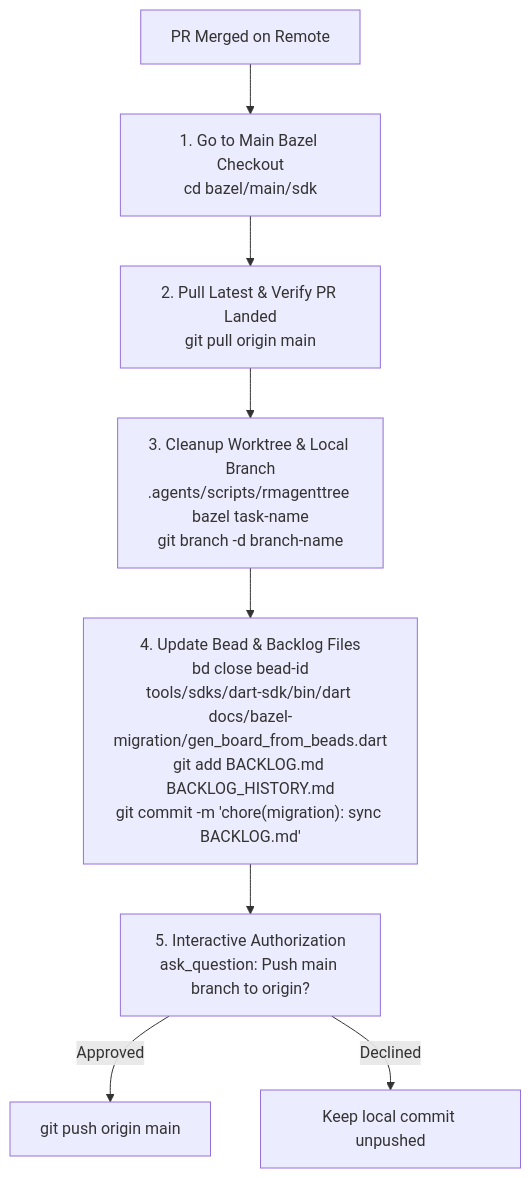
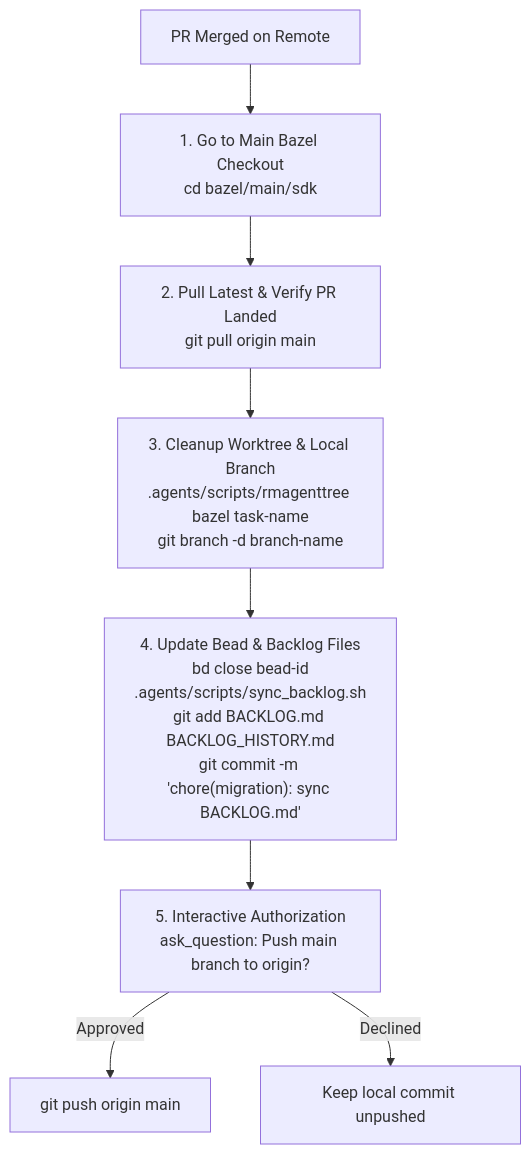
Before and after one commit to kevmoo/dart-sdk-bazel: the diagram in docs/bazel-migration/skills/dart-sdk-cleanup-bead/SKILL.md, drawn with Mermaid. The commit also changed other lines of this file and 4 other files, not shown here.

First line of the commit message:
chore(agents): add workspace wrappers and helper scripts to minimize agent tripping (#62)

````diff
--- a/docs/bazel-migration/skills/dart-sdk-cleanup-bead/SKILL.md
+++ b/docs/bazel-migration/skills/dart-sdk-cleanup-bead/SKILL.md
@@ -22,10 +22,10 @@
 ```mermaid
 flowchart TD
     A["PR Merged on Remote"] --> B["1. Go to Main Bazel Checkout<br/>cd bazel/main/sdk"]
     B --> C["2. Pull Latest & Verify PR Landed<br/>git pull origin main"]
     C --> D["3. Cleanup Worktree & Local Branch<br/>.agents/scripts/rmagenttree bazel task-name<br/>git branch -d branch-name"]
-    D --> E["4. Update Bead & Backlog Files<br/>bd close bead-id<br/>tools/sdks/dart-sdk/bin/dart docs/bazel-migration/gen_board_from_beads.dart<br/>git add BACKLOG.md BACKLOG_HISTORY.md<br/>git commit -m 'chore(migration): sync BACKLOG.md'"]
+    D --> E["4. Update Bead & Backlog Files<br/>bd close bead-id<br/>.agents/scripts/sync_backlog.sh<br/>git add BACKLOG.md BACKLOG_HISTORY.md<br/>git commit -m 'chore(migration): sync BACKLOG.md'"]
     E --> F["5. Interactive Authorization<br/>ask_question: Push main branch to origin?"]
     F -->|"Approved"| G["git push origin main"]
     F -->|"Declined"| H["Keep local commit unpushed"]
 ```
````
